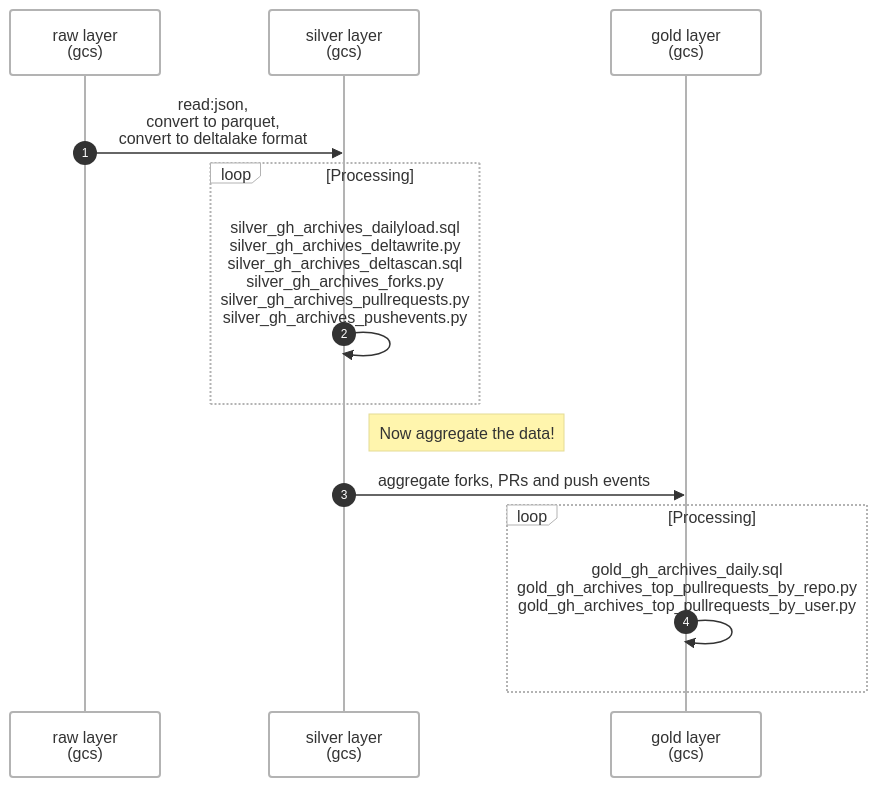
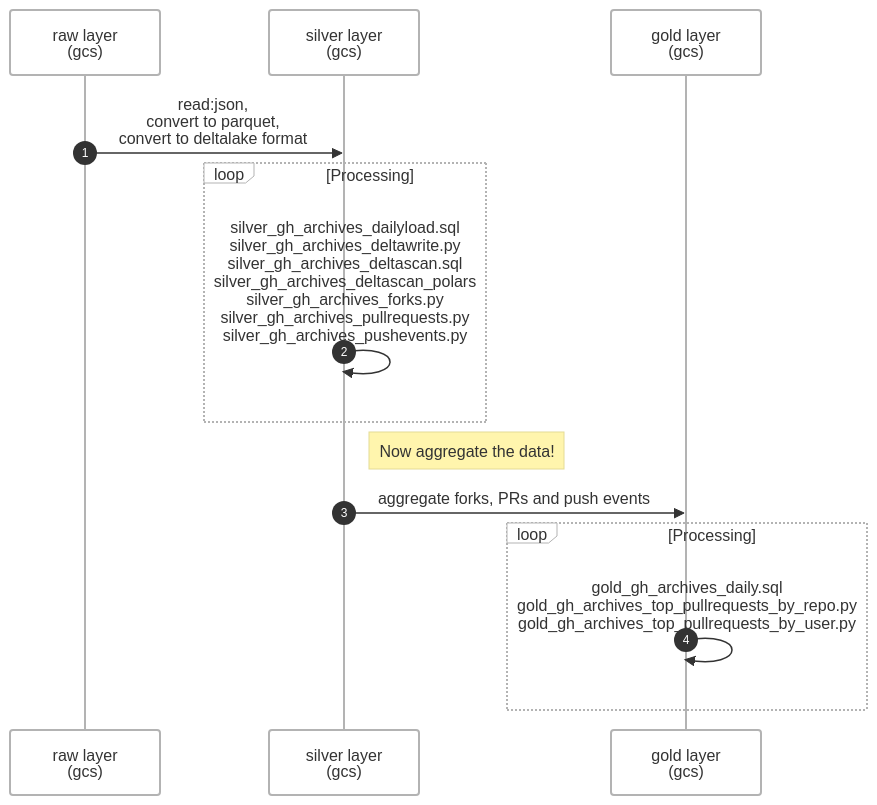
Before and after one commit to srikanthkote/trade_dbt_project: the second of 2 diagrams in README.md, drawn with Mermaid.

````diff
--- a/README.md
+++ b/README.md
@@ -26,21 +26,21 @@
 ```mermaid
 ---
 config:
   theme: neo
 ---
 sequenceDiagram
   participant Alice as raw layer<br>(gcs)
   participant John as silver layer<br>(gcs)
   participant Bob as gold layer<br>(gcs)
 
   autonumber
   Alice ->> John: read:json, <br>convert to parquet, <br> convert to deltalake format 
   loop Processing
-    John ->> John: silver_gh_archives_dailyload.sql <br> silver_gh_archives_deltawrite.py <br> silver_gh_archives_deltascan.sql <br> silver_gh_archives_forks.py <br> silver_gh_archives_pullrequests.py <br> silver_gh_archives_pushevents.py
+    John ->> John: silver_gh_archives_dailyload.sql <br> silver_gh_archives_deltawrite.py <br> silver_gh_archives_deltascan.sql <br> silver_gh_archives_deltascan_polars <br> silver_gh_archives_forks.py <br> silver_gh_archives_pullrequests.py <br> silver_gh_archives_pushevents.py
   end
   Note right of John: Now aggregate the data!
   John ->> Bob: aggregate forks, PRs and push events
   loop Processing
     Bob ->> Bob: gold_gh_archives_daily.sql <br> gold_gh_archives_top_pullrequests_by_repo.py <br> gold_gh_archives_top_pullrequests_by_user.py
   end  
 ```
````
